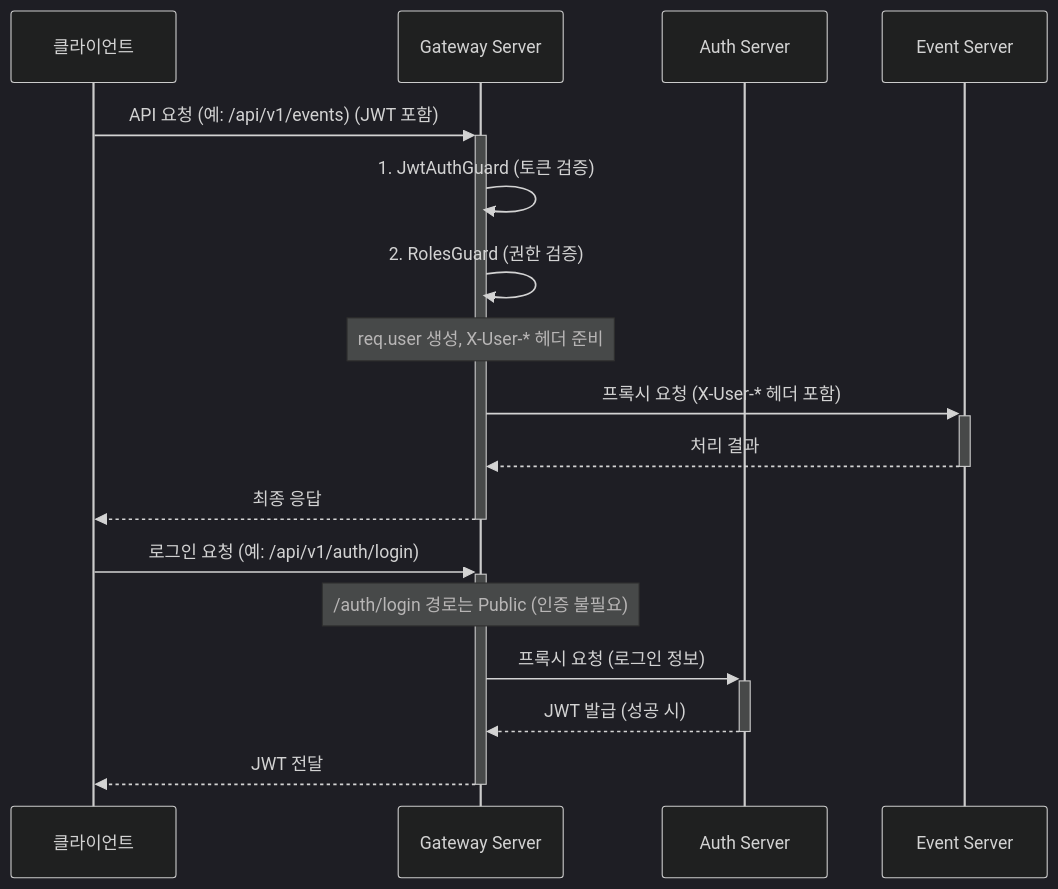
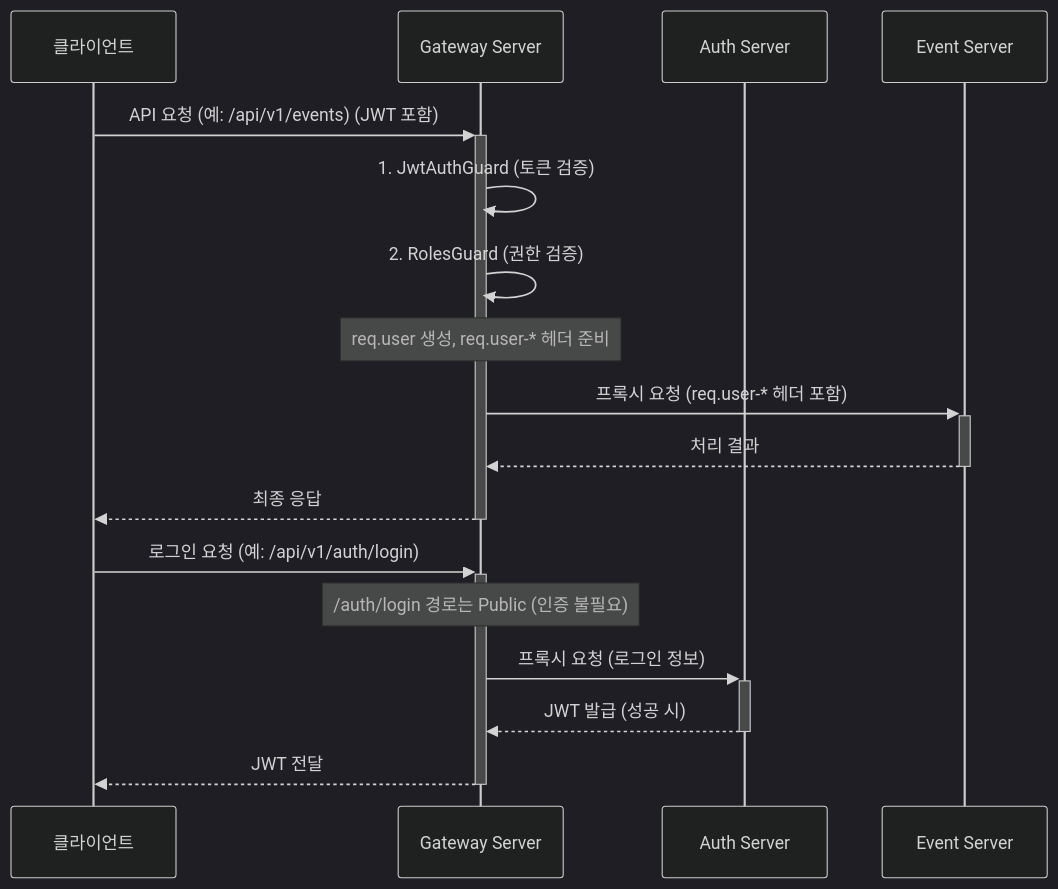
Before and after one commit to hyeongirlife/event-management-platform: the second of 3 diagrams in README.md, drawn with Mermaid (dark theme). The commit also changed other lines of this file and 1 other file, not shown here.

Commit message:
feat: event-server README 개선

````diff
--- a/README.md
+++ b/README.md
@@ -108,23 +107,23 @@
 ```mermaid
 %% 서비스 상호작용도 (Service Interaction Diagram)
 sequenceDiagram
     participant Client as 클라이언트
     participant GW as Gateway Server
     participant AuthSrv as Auth Server
     participant EventSrv as Event Server
 
     Client->>+GW: API 요청 (예: /api/v1/events) (JWT 포함)
     GW->>GW: 1. JwtAuthGuard (토큰 검증)
     GW->>GW: 2. RolesGuard (권한 검증)
-    Note over GW: req.user 생성, X-User-* 헤더 준비
-    GW->>+EventSrv: 프록시 요청 (X-User-* 헤더 포함)
+    Note over GW: req.user 생성, req.user-* 헤더 준비
+    GW->>+EventSrv: 프록시 요청 (req.user-* 헤더 포함)
     EventSrv-->>-GW: 처리 결과
     GW-->>-Client: 최종 응답
 
     %% 로그인 및 JWT 발급 흐름
     Client->>+GW: 로그인 요청 (예: /api/v1/auth/login)
     Note over GW: /auth/login 경로는 Public (인증 불필요)
     GW->>+AuthSrv: 프록시 요청 (로그인 정보)
     AuthSrv-->>-GW: JWT 발급 (성공 시)
     GW-->>-Client: JWT 전달
 ```
````
